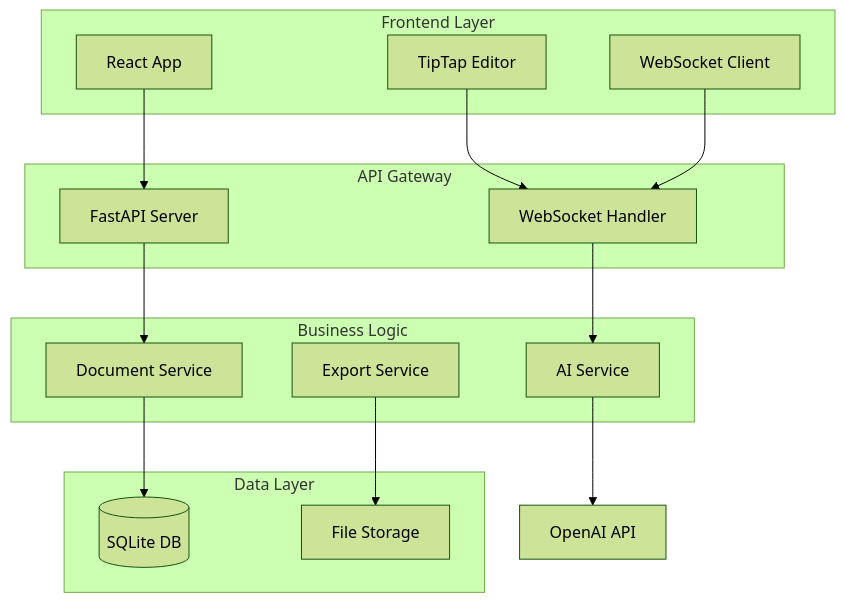
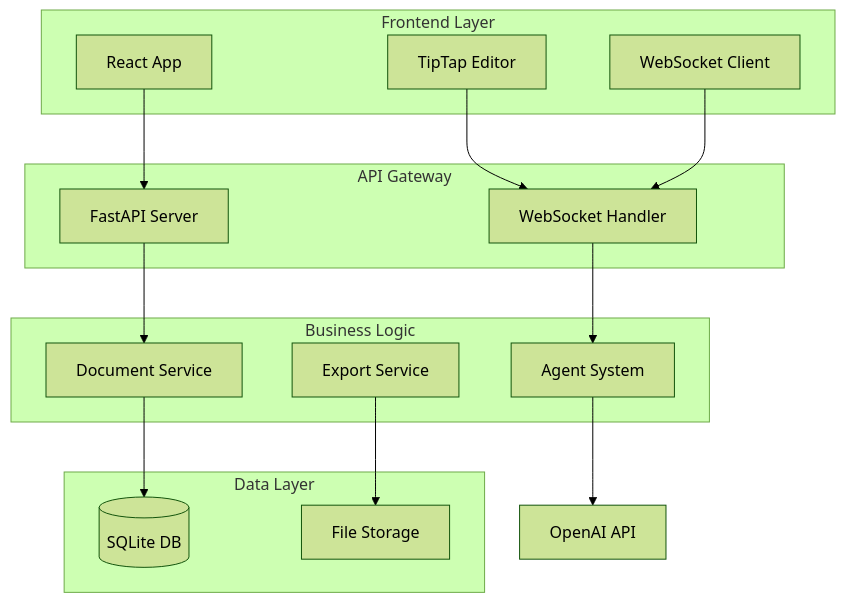
Before and after one commit to kailliang/Document-Intelligence: the diagram in README.md, drawn with Mermaid (forest theme).

Commit message:
Update README documentation

````diff
--- a/README.md
+++ b/README.md
@@ -88,33 +88,33 @@
 ```mermaid
 graph TB
     subgraph "Frontend Layer"
         React[React App]
         Editor[TipTap Editor]
         WS[WebSocket Client]
     end
     
     subgraph "API Gateway"
         FastAPI[FastAPI Server]
         WSHandler[WebSocket Handler]
     end
     
     subgraph "Business Logic"
-        AI[AI Service]
+        AI[Agent System]
         DocService[Document Service]
         Export[Export Service]
     end
     
     subgraph "Data Layer"
         SQLite[(SQLite DB)]
         FileStore[File Storage]
     end
     
     React --> FastAPI
     Editor --> WSHandler
     WS --> WSHandler
     FastAPI --> DocService
     WSHandler --> AI
     DocService --> SQLite
     Export --> FileStore
     AI --> OpenAI[OpenAI API]
 ```
````
